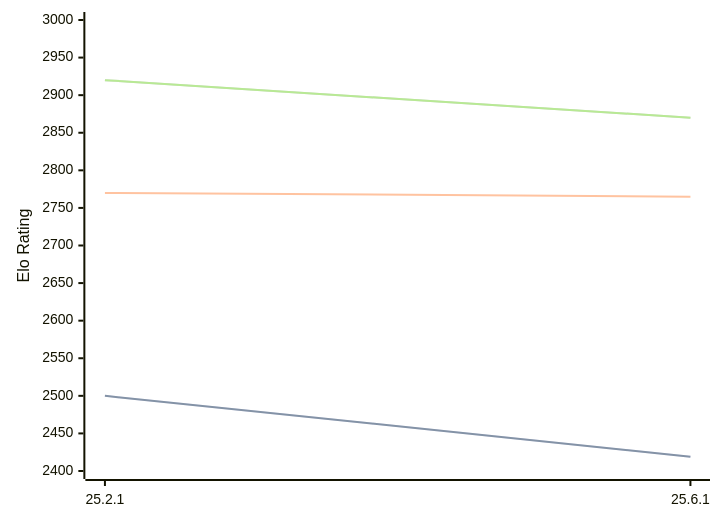
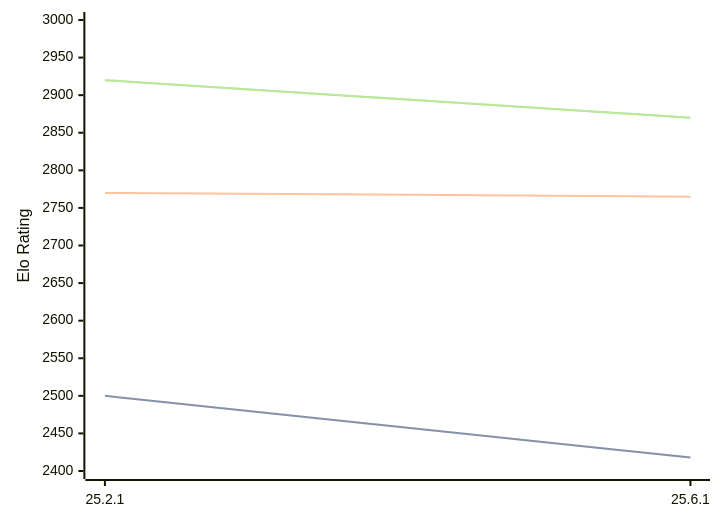
The third of 3 diagrams in engines/Crafty.md (computer-chess-index/cci), drawn with Mermaid before and after one commit. The commit also changed other lines of this file, not shown here.

````diff
--- a/engines/Crafty.md
+++ b/engines/Crafty.md
@@ -65,11 +65,11 @@
 ```mermaid
 %%{init: {"theme":"base","themeVariables":{"seriesColors:['#a3a3a3','#222221','#faa371']}}}%%
 xychart-beta
   x-axis ["25.2.1", "25.6.1"]
   y-axis "Elo Rating" 2400 --> 3000
-  line "STC (8.0+0.08s)" [2500, 2419]
-  line "STC (8.0+0.08s)" [2500, 2419]
+  line "STC (8.0+0.08s)" [2500, 2418]
+  line "STC (8.0+0.08s)" [2500, 2418]
   line "LTC (60.0+0.60s)" [2770, 2765]
   line "VLTC (2m24s+1.12s)" [2920, 2870]
   line "VLTC (2m24s+1.12s)" [2920, 2870]
 ```
````
